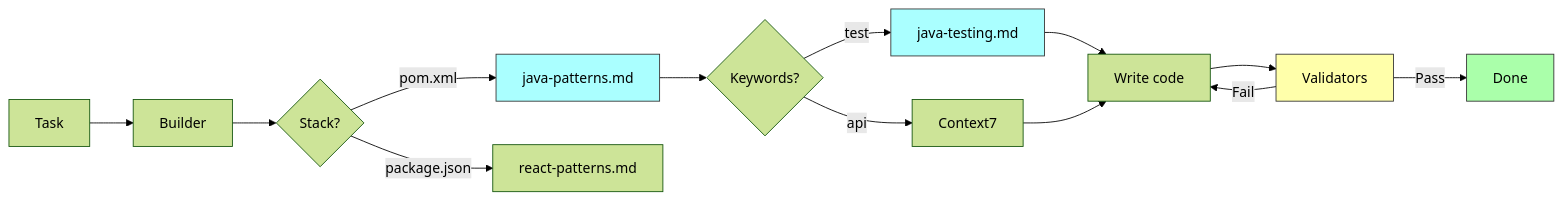
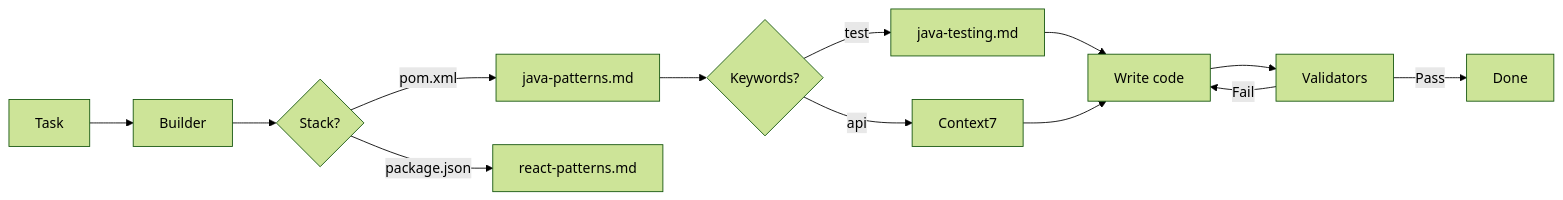
One commit to a-simeshin/claude-code-hooks-mastery changed the second of 2 diagrams in README.md. Above: the diagram before and after it, drawn with Mermaid (forest theme). The commit also changed other lines of this file, not shown here.

Commit message:
docs: Remove color styles from mermaid diagrams

````diff
--- a/README.md
+++ b/README.md
@@ -32,20 +30,15 @@
 ```mermaid
 flowchart LR
     A[Task] --> B[Builder]
     B --> C{Stack?}
     C -->|pom.xml| D[java-patterns.md]
     C -->|package.json| E[react-patterns.md]
     D --> F{Keywords?}
     F -->|test| G[java-testing.md]
     F -->|api| H[Context7]
     G --> I[Write code]
     H --> I
     I --> J[Validators]
     J -->|Fail| I
     J -->|Pass| K[Done]
-
-    style D fill:#aff,stroke:#333
-    style G fill:#aff,stroke:#333
-    style J fill:#ffa,stroke:#333
-    style K fill:#afa,stroke:#333
 ```
````
